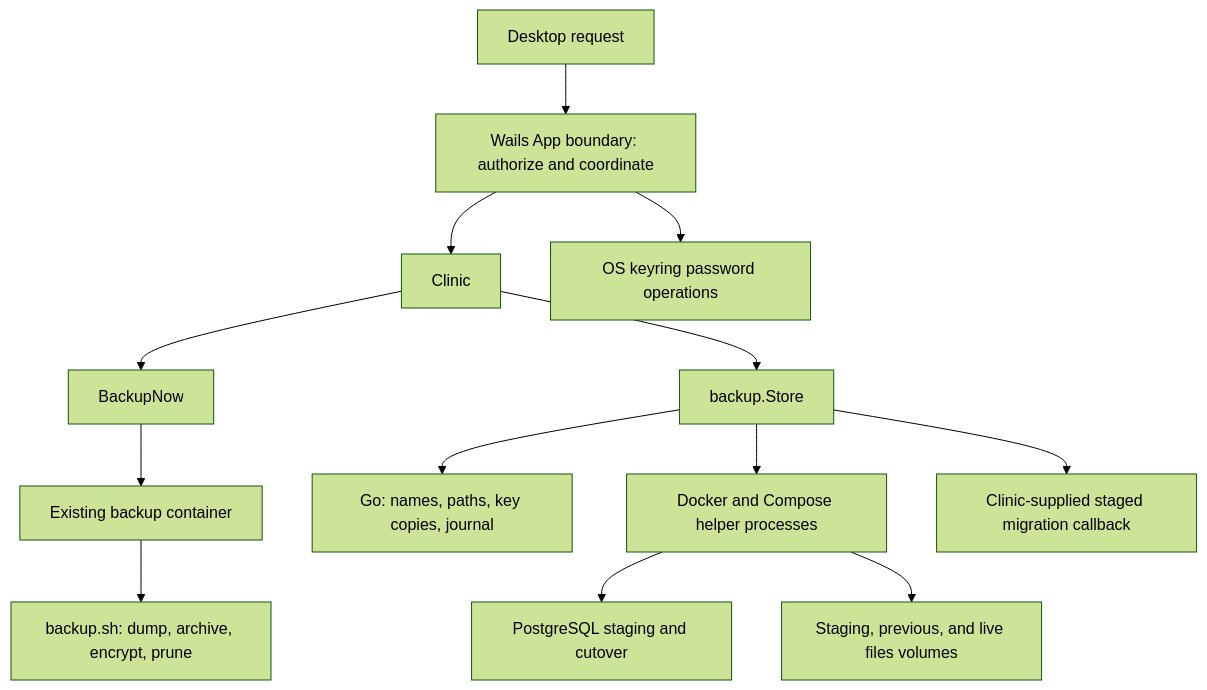
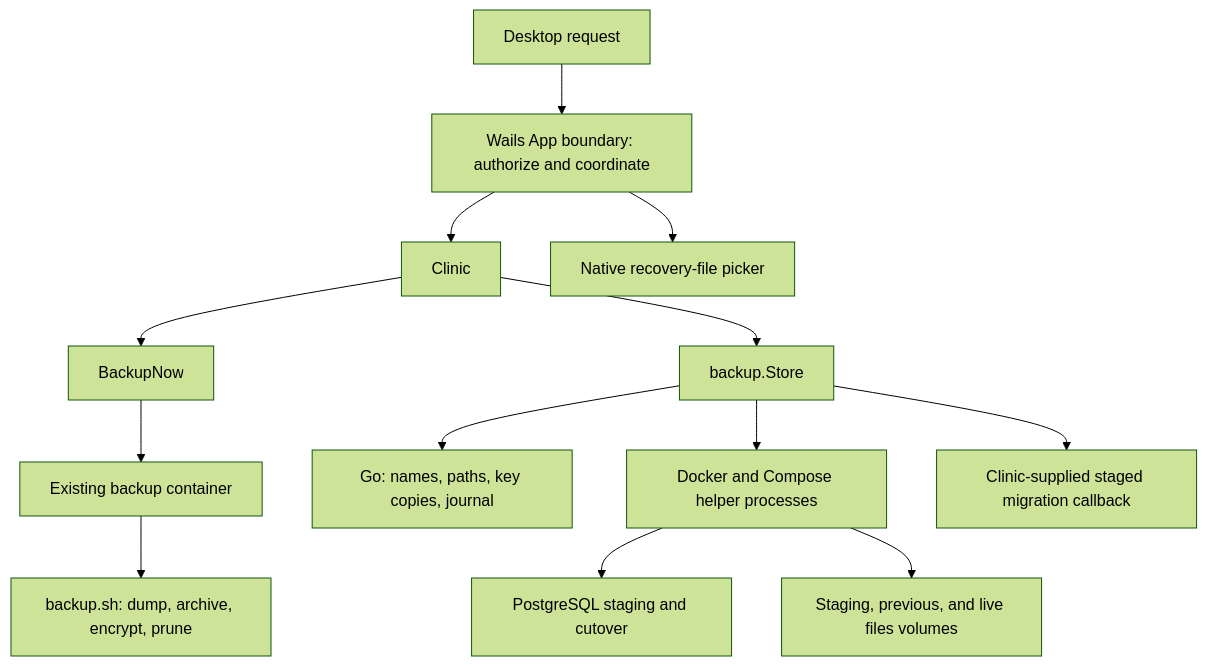
The first of 5 diagrams in docs/backups-and-restore.md (ohcnetwork/care_clinic), drawn with Mermaid (forest theme) before and after one commit. The commit also changed other lines of this file and 75 other files, not shown here.

````diff
--- a/docs/backups-and-restore.md
+++ b/docs/backups-and-restore.md
@@ -68,15 +68,15 @@
 ```mermaid
 flowchart TD
     UI["Desktop request"] --> App["Wails App boundary: authorize and coordinate"]
     App --> Clinic["Clinic"]
     Clinic --> Now["BackupNow"]
     Now --> Sidecar["Existing backup container"]
     Sidecar --> Script["backup.sh: dump, archive, encrypt, prune"]
     Clinic --> Store["backup.Store"]
     Store --> Local["Go: names, paths, key copies, journal"]
     Store --> Helpers["Docker and Compose helper processes"]
     Helpers --> PG["PostgreSQL staging and cutover"]
     Helpers --> Volumes["Staging, previous, and live files volumes"]
     Store --> Callback["Clinic-supplied staged migration callback"]
-    App --> Keyring["OS keyring password operations"]
+    App --> Recovery["Native recovery-file picker"]
 ```
````
